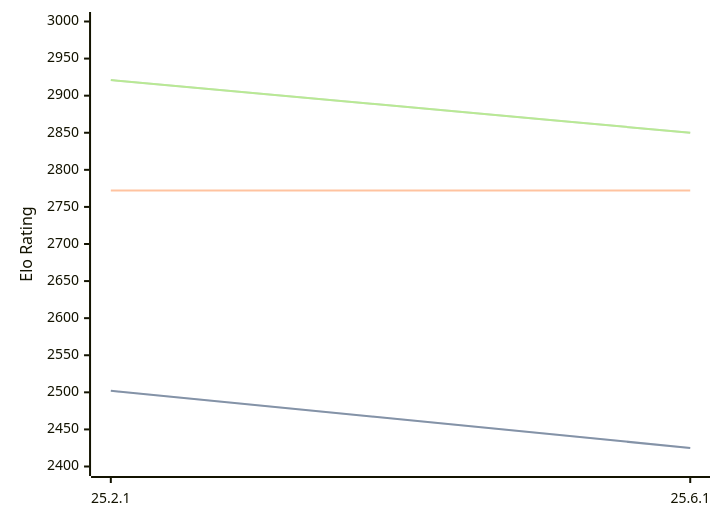
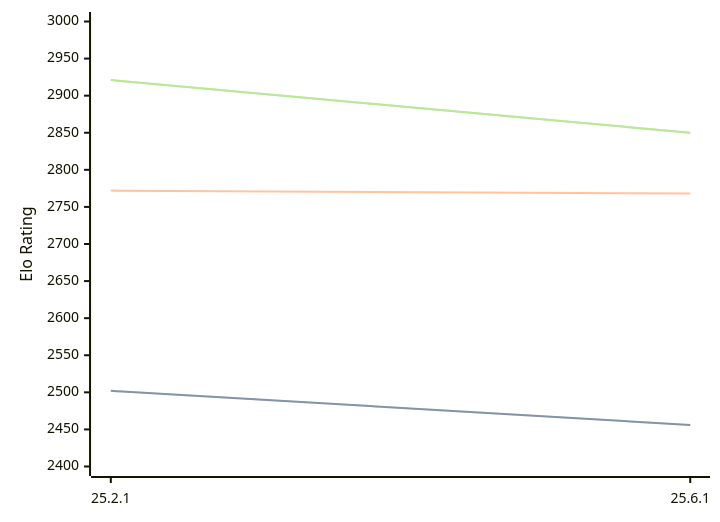
Before and after one commit to computer-chess-index/cci: the first of 3 diagrams in engines/Crafty.md, drawn with Mermaid. The commit also changed other lines of this file, not shown here.

````diff
--- a/engines/Crafty.md
+++ b/engines/Crafty.md
@@ -32,11 +32,11 @@
 ```mermaid
 %%{init: {"theme":"base","themeVariables":{"seriesColors:['#a3a3a3','#222221','#faa371']}}}%%
 xychart-beta
   x-axis ["25.2.1", "25.6.1"]
   y-axis "Elo Rating" 2400 --> 3000
-  line "STC (8.0+0.08s)" [2502, 2425]
-  line "STC (8.0+0.08s)" [2502, 2425]
-  line "LTC (60.0+0.60s)" [2772, 2772]
+  line "STC (8.0+0.08s)" [2502, 2456]
+  line "STC (8.0+0.08s)" [2502, 2456]
+  line "LTC (60.0+0.60s)" [2772, 2768]
   line "VLTC (2m24s+1.12s)" [2921, 2850]
   line "VLTC (2m24s+1.12s)" [2921, 2850]
 ```
````
